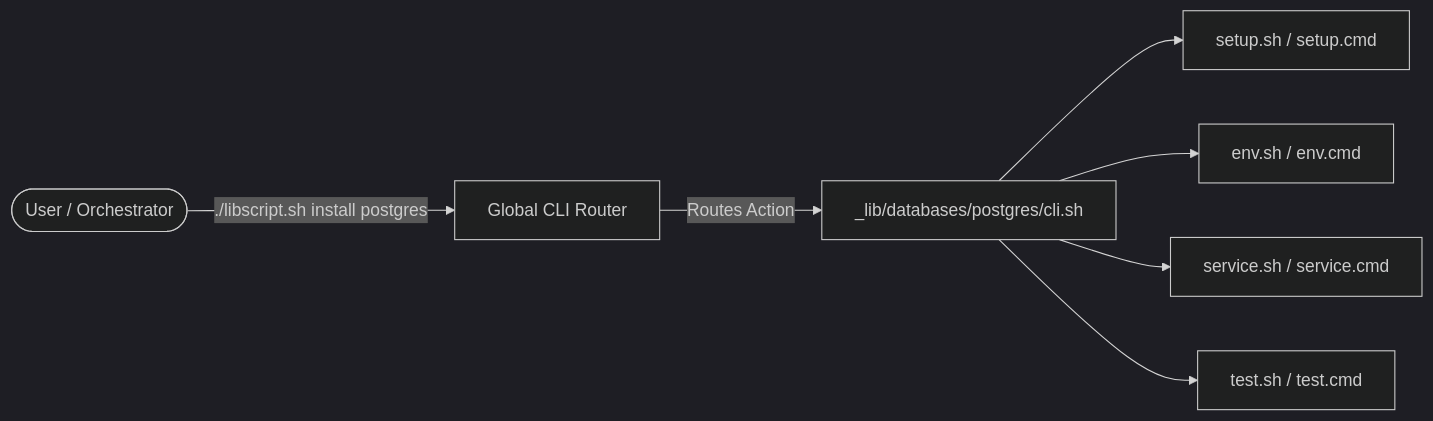
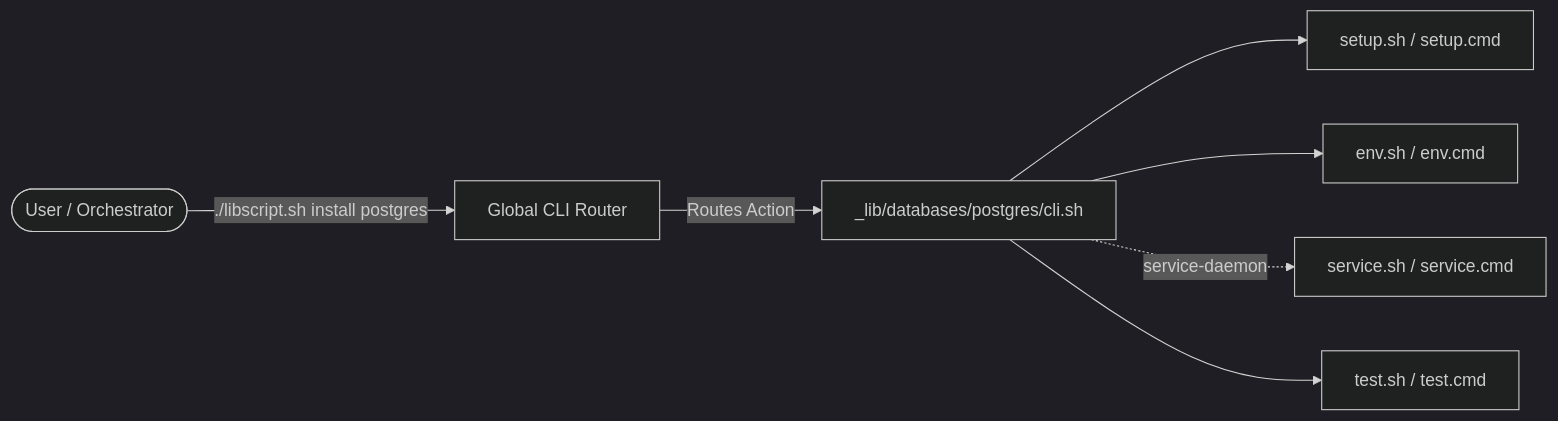
One commit to SamuelMarks/libscript changed the third of 8 diagrams in ARCHITECTURE.md. Above: the diagram before and after it, drawn with Mermaid (dark theme). The commit also changed other lines of this file and 1618 other files, not shown here.

````diff
--- a/ARCHITECTURE.md
+++ b/ARCHITECTURE.md
@@ -131,9 +138,9 @@
 ```mermaid
 flowchart LR
     User([User / Orchestrator]) -->|./libscript.sh install postgres| Router[Global CLI Router]
     Router -->|Routes Action| CompCLI[_lib/databases/postgres/cli.sh]
     CompCLI --> Setup[setup.sh / setup.cmd]
     CompCLI --> Env[env.sh / env.cmd]
-    CompCLI --> Service[service.sh / service.cmd]
+    CompCLI -.->|"service-daemon"| Service[service.sh / service.cmd]
     CompCLI --> Test[test.sh / test.cmd]
 ```
````
